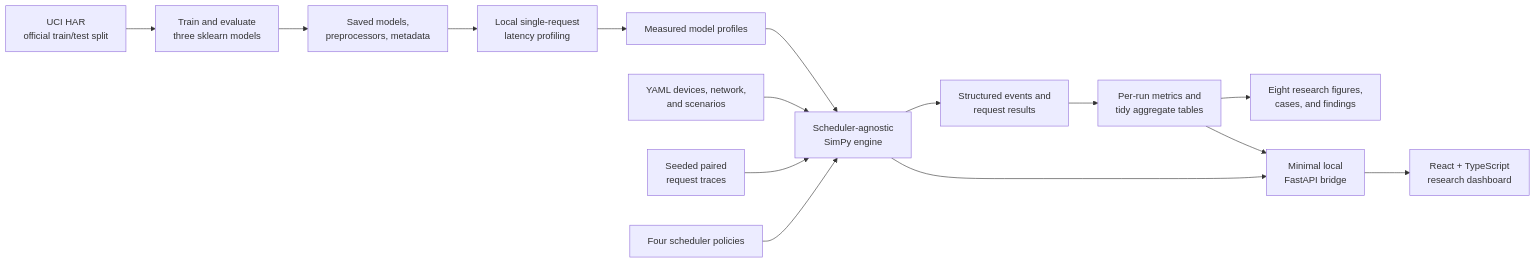
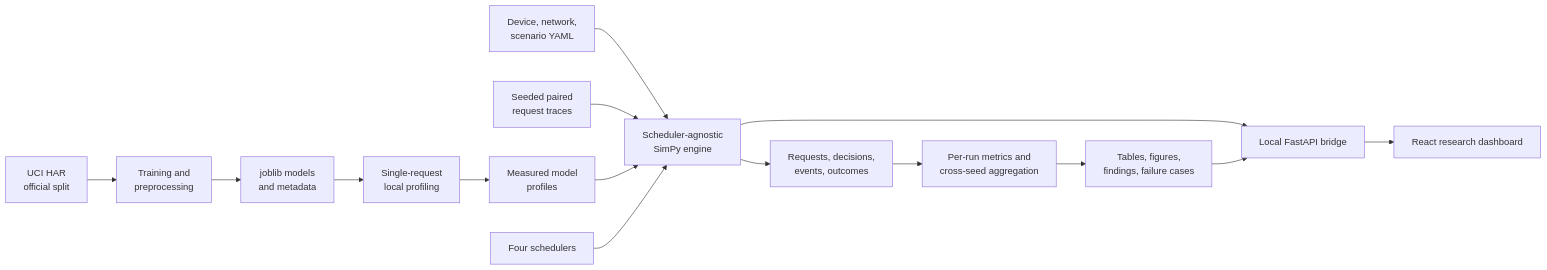
The diagram in README.md (alizeeshan-dev/EdgeWeaver), drawn with Mermaid before and after one commit. The commit also changed other lines of this file, not shown here.

````diff
--- a/README.md
+++ b/README.md
@@ -15,17 +41,17 @@
 ```mermaid
 flowchart LR
-    DATA["UCI HAR<br/>official train/test split"] --> TRAIN["Train and evaluate<br/>three sklearn models"]
-    TRAIN --> ARTIFACTS["Saved models,<br/>preprocessors, metadata"]
-    ARTIFACTS --> PROFILE["Local single-request<br/>latency profiling"]
-    PROFILE --> PROFILES["Measured model profiles"]
-    CONFIG["YAML devices, network,<br/>and scenarios"] --> SIM["Scheduler-agnostic<br/>SimPy engine"]
-    PROFILES --> SIM
+    UCI["UCI HAR<br/>official split"] --> TRAIN["Training and<br/>preprocessing"]
+    TRAIN --> MODELS["joblib models<br/>and metadata"]
+    MODELS --> PROFILE["Single-request<br/>local profiling"]
+    PROFILE --> MP["Measured model<br/>profiles"]
+    YAML["Device, network,<br/>scenario YAML"] --> SIM["Scheduler-agnostic<br/>SimPy engine"]
     TRACE["Seeded paired<br/>request traces"] --> SIM
-    SCHED["Four scheduler policies"] --> SIM
-    SIM --> EVENTS["Structured events and<br/>request results"]
-    EVENTS --> METRICS["Per-run metrics and<br/>tidy aggregate tables"]
-    METRICS --> FIGURES["Eight research figures,<br/>cases, and findings"]
-    SIM --> API["Minimal local<br/>FastAPI bridge"]
-    METRICS --> API
-    API --> UI["React + TypeScript<br/>research dashboard"]
+    MP --> SIM
+    SCHED["Four schedulers"] --> SIM
+    SIM --> EVENTS["Requests, decisions,<br/>events, outcomes"]
+    EVENTS --> METRICS["Per-run metrics and<br/>cross-seed aggregation"]
+    METRICS --> OUTPUTS["Tables, figures,<br/>findings, failure cases"]
+    SIM --> API["Local FastAPI bridge"]
+    OUTPUTS --> API
+    API --> UI["React research dashboard"]
 ```
````
